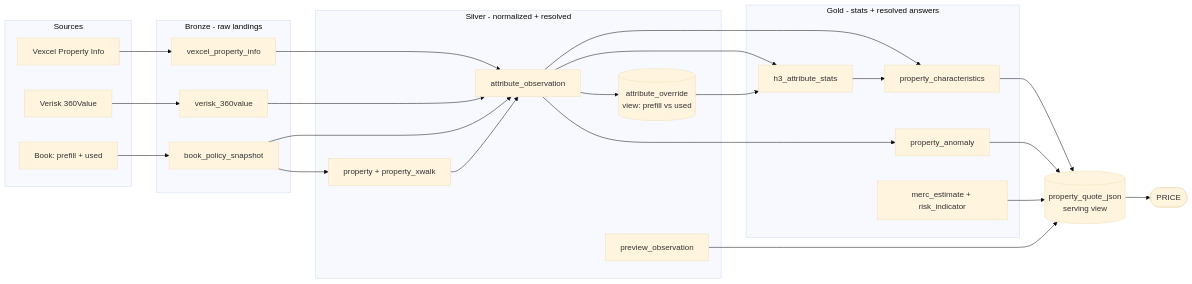
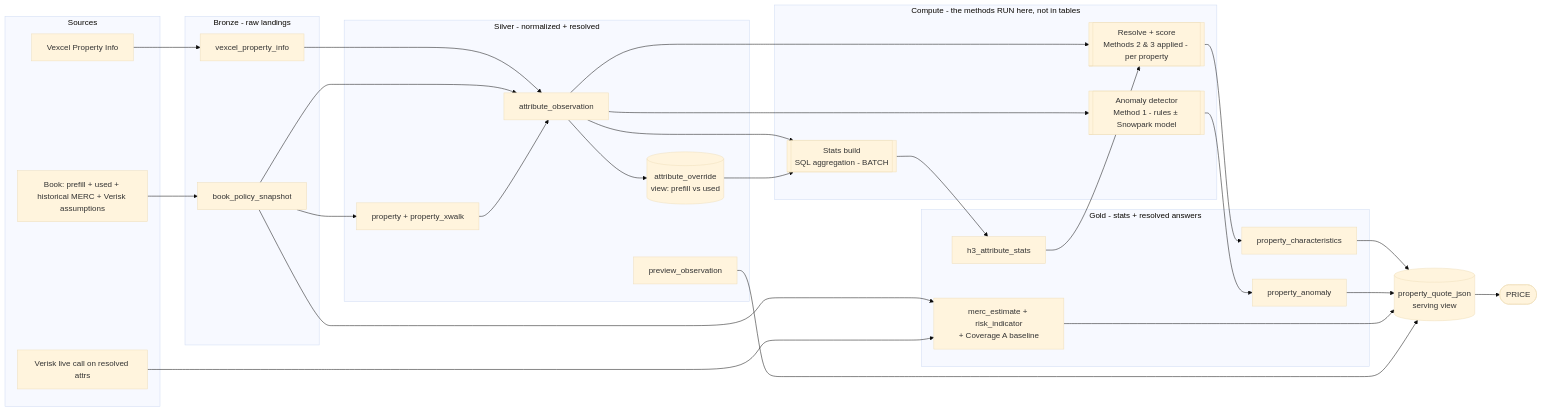
The first of 2 diagrams in diag.md (funksp/vexcel_masker), drawn with Mermaid (base theme) before and after one commit. The commit also changed other lines of this file, not shown here.

Commit message:
Enhance diag.md with detailed compute methods and sources
Updated the flowchart and descriptions to include historical MERC and Verisk assumptions, added compute methods, and clarified source agreement.

````diff
--- a/diag.md
+++ b/diag.md
@@ -57,48 +57,61 @@
 ```mermaid
 flowchart LR
     subgraph SRC[Sources]
-        BK[Book: prefill + used]
+        BK[Book: prefill + used + historical MERC + Verisk assumptions]
         VX[Vexcel Property Info]
-        VR[Verisk 360Value]
+        VRL[Verisk live call on resolved attrs]
     end
 
     subgraph BRONZE[Bronze - raw landings]
         B1[book_policy_snapshot]
         B2[vexcel_property_info]
-        B3[verisk_360value]
     end
 
     subgraph SILVER[Silver - normalized + resolved]
         S1[property + property_xwalk]
         S2[attribute_observation]
         S3[(attribute_override\nview: prefill vs used)]
         S4[preview_observation]
     end
 
+    subgraph JOBS[Compute - the methods RUN here, not in tables]
+        J1[[Stats build\nSQL aggregation - BATCH]]
+        J3[[Anomaly detector\nMethod 1 - rules ± Snowpark model]]
+        J2[[Resolve + score\nMethods 2 & 3 applied - per property]]
+    end
+
     subgraph GOLD[Gold - stats + resolved answers]
         G1[h3_attribute_stats]
         G2[property_characteristics]
         G3[property_anomaly]
-        G4[merc_estimate + risk_indicator]
+        G4[merc_estimate + risk_indicator\n+ Coverage A baseline]
     end
 
     OUT[(property_quote_json\nserving view)]
     PRICE([PRICE])
 
     BK --> B1 --> S1
     VX --> B2 --> S2
-    VR --> B3 --> S2
     B1 --> S2
+    B1 --> G4
+    VRL --> G4
+    S1 --> S2
     S2 --> S3
-    S1 --> S2
-    S2 --> G1
-    S3 --> G1
-    S2 --> G2
-    G1 --> G2
-    S2 --> G3
+
+    S2 --> J1
+    S3 --> J1
+    J1 --> G1
+
+    S2 --> J3
+    J3 --> G3
+
+    S2 --> J2
+    G1 --> J2
+    J2 --> G2
+
     G2 --> OUT
     G3 --> OUT
     G4 --> OUT
     S4 --> OUT
     OUT --> PRICE
 ```
````
